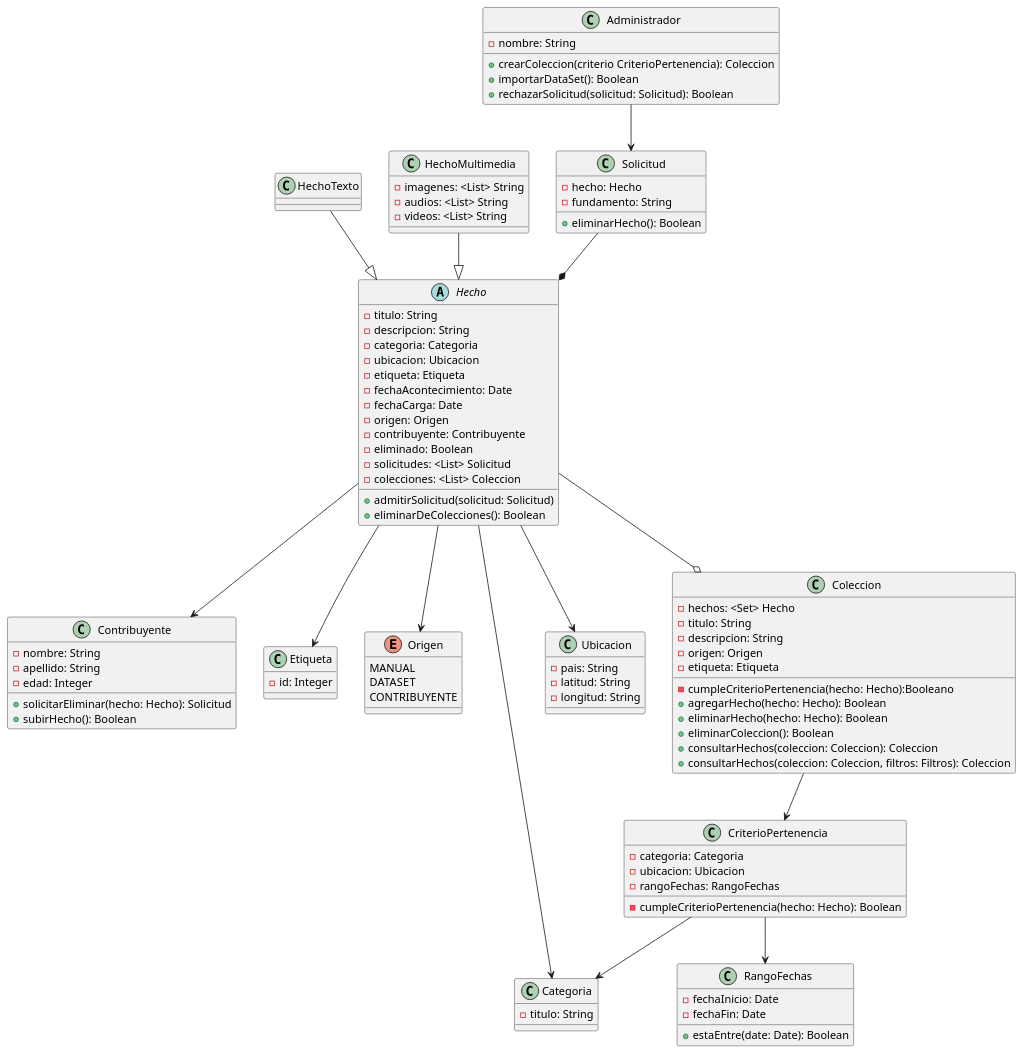
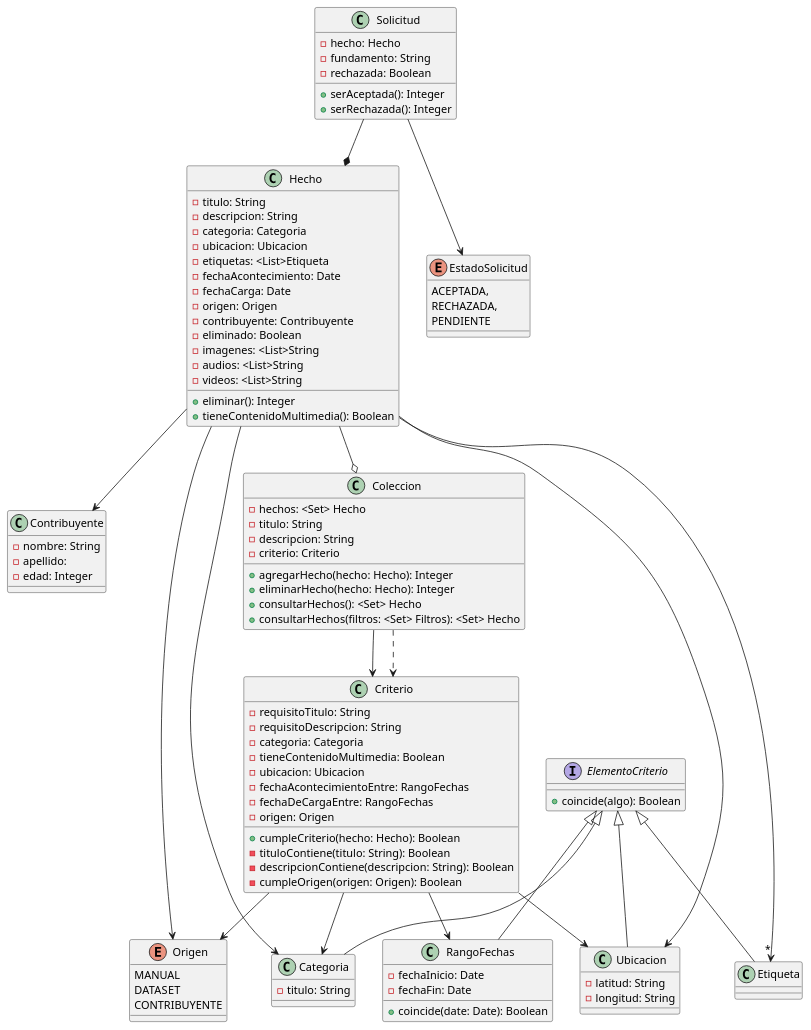
One commit to BrunoRodriguezzz/tp-dsi changed the diagram in DiagramaDeClases-1°Entrega.puml. Above: the diagram before and after it, drawn with PlantUML. The commit also changed 13 other files, not shown here.

```diff
--- a/DiagramaDeClases-1°Entrega.puml
+++ b/DiagramaDeClases-1°Entrega.puml
@@ -1,110 +1,122 @@
 @startuml
-
+'Hecho
 Hecho --> Contribuyente
-HechoTexto --|> Hecho
-HechoMultimedia --|> Hecho
-Hecho --> Etiqueta
 Hecho --> Origen
 Hecho --> Categoria
 Hecho --> Ubicacion
-Administrador --> Solicitud
+Hecho -->"*" Etiqueta
+Hecho --o Coleccion
+
 Solicitud --* Hecho
-Hecho --o Coleccion
-Coleccion --> CriterioPertenencia
-CriterioPertenencia --> Categoria
-CriterioPertenencia --> RangoFechas
+
+Coleccion --> Criterio
+Coleccion ..> Criterio
+
+'Criterio
+Criterio --> RangoFechas
+Criterio --> Origen
+Criterio --> Categoria
+Criterio --> Ubicacion
+
+Solicitud --> EstadoSolicitud
+
+'Interface
+ElementoCriterio <|-- Ubicacion
+ElementoCriterio <|-- Categoria
+ElementoCriterio <|-- Etiqueta
+ElementoCriterio <|-- RangoFechas
 
 class Contribuyente {
     -nombre: String
-    -apellido: String
+    -apellido:
     -edad: Integer
-    +solicitarEliminar(hecho: Hecho): Solicitud
-    +subirHecho(): Boolean
 }
 
-abstract Hecho {
+enum EstadoSolicitud {
+    ACEPTADA,
+    RECHAZADA,
+    PENDIENTE
+}
+
+class Hecho {
     -titulo: String
     -descripcion: String
     -categoria: Categoria
     -ubicacion: Ubicacion
-    -etiqueta: Etiqueta
+    -etiquetas: <List>Etiqueta
     -fechaAcontecimiento: Date
     -fechaCarga: Date
     -origen: Origen
     -contribuyente: Contribuyente
     -eliminado: Boolean
-    -solicitudes: <List> Solicitud
-    -colecciones: <List> Coleccion
-    +admitirSolicitud(solicitud: Solicitud)
-    +eliminarDeColecciones(): Boolean
+    -imagenes: <List>String
+    -audios: <List>String
+    -videos: <List>String
+    +eliminar(): Integer
+    +tieneContenidoMultimedia(): Boolean
 }
 
 class Etiqueta {
-    -id: Integer
+
 }
 
 enum Origen {
     MANUAL
     DATASET
     CONTRIBUYENTE
 }
 
 class Categoria {
     -titulo: String
 }
 
 class Ubicacion {
-    -pais: String
     -latitud: String
     -longitud: String
-}
-
-class HechoTexto{
-}
-
-class HechoMultimedia{
-    -imagenes: <List> String
-    -audios: <List> String
-    -videos: <List> String
 }
 
 class Solicitud {
     -hecho: Hecho
     -fundamento: String
-    +eliminarHecho(): Boolean
-}
-
-class Administrador {
-    -nombre: String
-    +crearColeccion(criterio CriterioPertenencia): Coleccion
-    +importarDataSet(): Boolean
-    +rechazarSolicitud(solicitud: Solicitud): Boolean
+    -rechazada: Boolean
+    +serAceptada(): Integer
+    +serRechazada(): Integer
 }
 
 class Coleccion {
     -hechos: <Set> Hecho
     -titulo: String
     -descripcion: String
-    -origen: Origen
-    -etiqueta: Etiqueta
-    -cumpleCriterioPertenencia(hecho: Hecho):Booleano
-    +agregarHecho(hecho: Hecho): Boolean
-    +eliminarHecho(hecho: Hecho): Boolean
-    +eliminarColeccion(): Boolean
-    +consultarHechos(coleccion: Coleccion): Coleccion
-    +consultarHechos(coleccion: Coleccion, filtros: Filtros): Coleccion
+    -criterio: Criterio
+    +agregarHecho(hecho: Hecho): Integer
+    +eliminarHecho(hecho: Hecho): Integer
+    'Solo para representar overload
+    +consultarHechos(): <Set> Hecho
+    +consultarHechos(filtros: <Set> Filtros): <Set> Hecho
 }
 
-class CriterioPertenencia {
+class Criterio{
+    -requisitoTitulo: String
+    -requisitoDescripcion: String
     -categoria: Categoria
+    -tieneContenidoMultimedia: Boolean
     -ubicacion: Ubicacion
-    -rangoFechas: RangoFechas
-    -cumpleCriterioPertenencia(hecho: Hecho): Boolean
+    -fechaAcontecimientoEntre: RangoFechas
+    -fechaDeCargaEntre: RangoFechas
+    -origen: Origen
+    +cumpleCriterio(hecho: Hecho): Boolean
+    -tituloContiene(titulo: String): Boolean
+    -descripcionContiene(descripcion: String): Boolean
+    -cumpleOrigen(origen: Origen): Boolean
 }
 
 class RangoFechas {
     -fechaInicio: Date
     -fechaFin: Date
-    +estaEntre(date: Date): Boolean
+    +coincide(date: Date): Boolean
+}
+
+interface ElementoCriterio{
+    +coincide(algo): Boolean
 }
 @enduml
```
